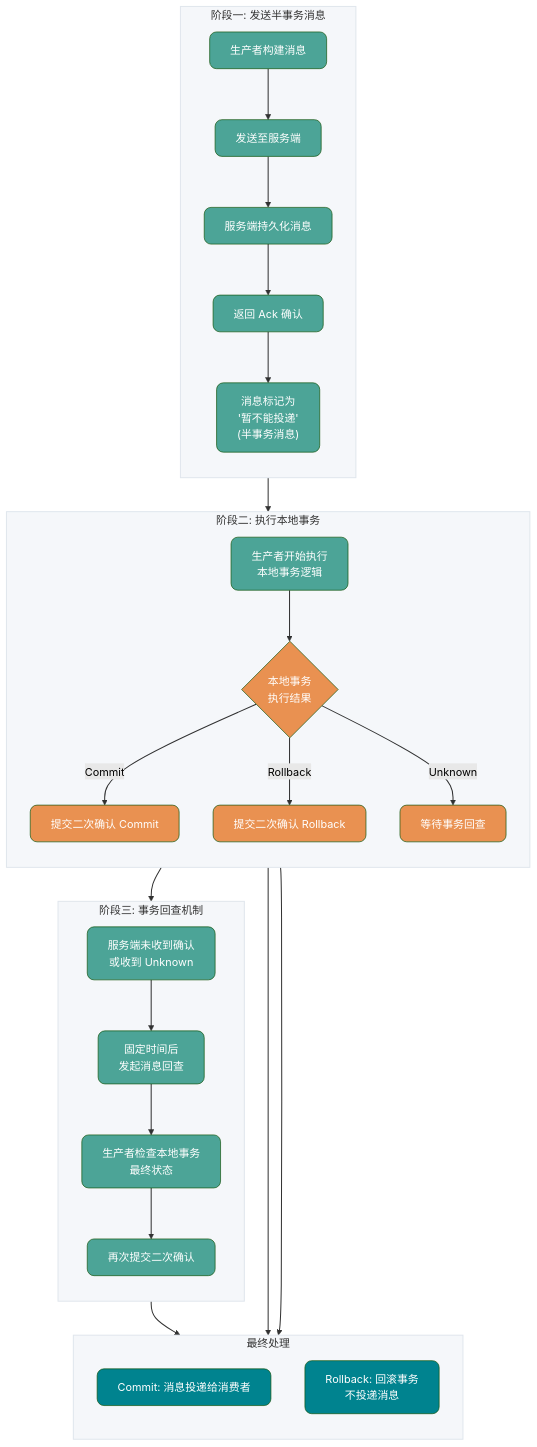
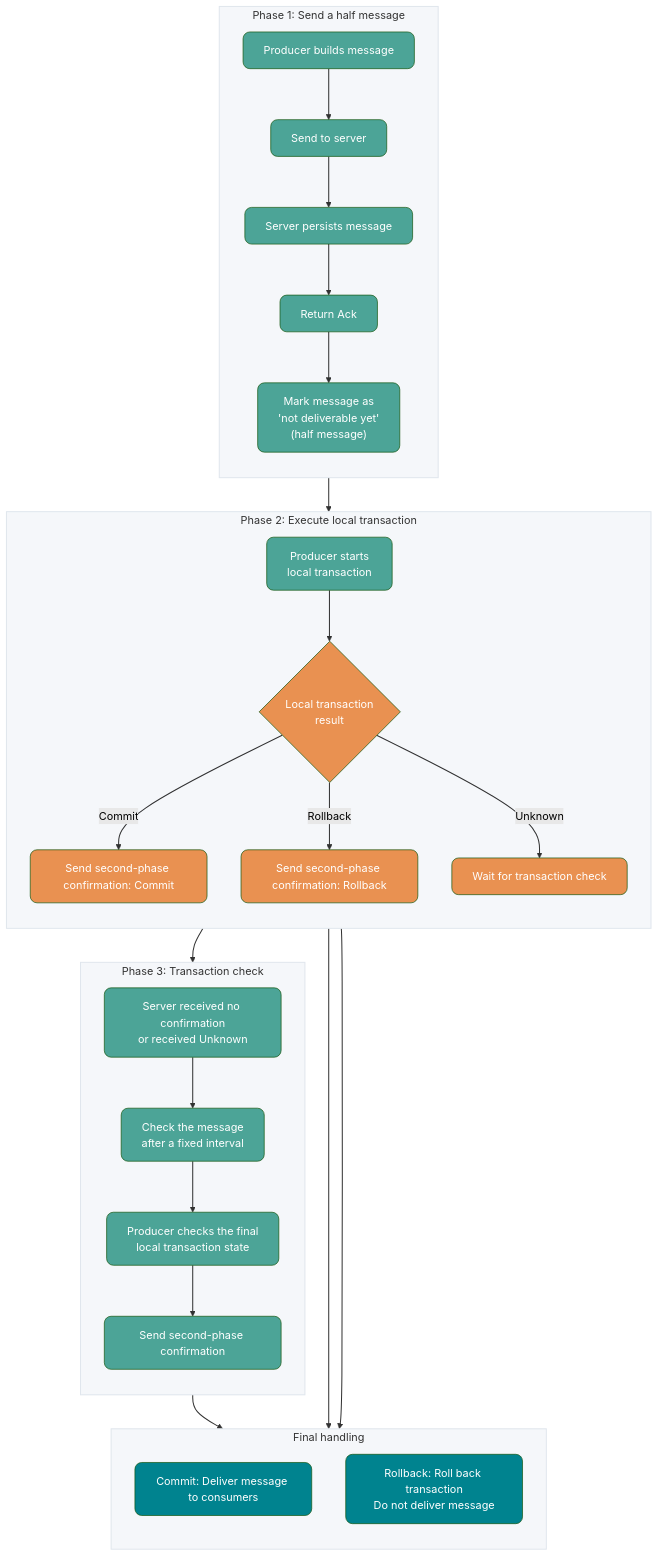
Before and after one commit to m3h3d1/JavaGuideEn: diagram 12 of 13 in docs/high-performance/message-queue/rocketmq-questions.md, drawn with Mermaid (forest theme). The commit also changed other lines of this file and 128 other files, not shown here.

````diff
--- a/docs/high-performance/message-queue/rocketmq-questions.md
+++ b/docs/high-performance/message-queue/rocketmq-questions.md
@@ -865,51 +865,51 @@
 ```mermaid
 flowchart TB
-    subgraph Phase1["阶段一: 发送半事务消息"]
+    subgraph Phase1["Phase 1: Send a half message"]
         direction TB
         style Phase1 fill:#F5F7FA,stroke:#E0E6ED,stroke-width:1.5px
-        M1["生产者构建消息"] --> M2["发送至服务端"]
-        M2 --> M3["服务端持久化消息"]
-        M3 --> M4["返回 Ack 确认"]
-        M4 --> M5["消息标记为<br/>'暂不能投递'<br/>(半事务消息)"]
+        M1["Producer builds message"] --> M2["Send to server"]
+        M2 --> M3["Server persists message"]
+        M3 --> M4["Return Ack"]
+        M4 --> M5["Mark message as<br/>'not deliverable yet'<br/>(half message)"]
     end
 
-    subgraph Phase2["阶段二: 执行本地事务"]
+    subgraph Phase2["Phase 2: Execute local transaction"]
         direction TB
         style Phase2 fill:#F5F7FA,stroke:#E0E6ED,stroke-width:1.5px
-        L1["生产者开始执行<br/>本地事务逻辑"] --> L2{"本地事务<br/>执行结果"}
-        L2 -->|Commit| L3["提交二次确认 Commit"]
-        L2 -->|Rollback| L4["提交二次确认 Rollback"]
-        L2 -->|Unknown| L5["等待事务回查"]
+        L1["Producer starts<br/>local transaction"] --> L2{"Local transaction<br/>result"}
+        L2 -->|Commit| L3["Send second-phase confirmation: Commit"]
+        L2 -->|Rollback| L4["Send second-phase confirmation: Rollback"]
+        L2 -->|Unknown| L5["Wait for transaction check"]
     end
 
-    subgraph Phase3["阶段三: 事务回查机制"]
+    subgraph Phase3["Phase 3: Transaction check"]
         direction TB
         style Phase3 fill:#F5F7FA,stroke:#E0E6ED,stroke-width:1.5px
-        C1["服务端未收到确认<br/>或收到 Unknown"] --> C2["固定时间后<br/>发起消息回查"]
-        C2 --> C3["生产者检查本地事务<br/>最终状态"]
-        C3 --> C4["再次提交二次确认"]
+        C1["Server received no confirmation<br/>or received Unknown"] --> C2["Check the message<br/>after a fixed interval"]
+        C2 --> C3["Producer checks the final<br/>local transaction state"]
+        C3 --> C4["Send second-phase confirmation"]
     end
 
-    subgraph Result["最终处理"]
+    subgraph Result["Final handling"]
         style Result fill:#F5F7FA,stroke:#E0E6ED,stroke-width:1.5px
         direction TB
-        R1["Commit: 消息投递给消费者"]
-        R2["Rollback: 回滚事务<br/>不投递消息"]
+        R1["Commit: Deliver message to consumers"]
+        R2["Rollback: Roll back transaction<br/>Do not deliver message"]
     end
 
     Phase1 --> Phase2
     L3 --> R1
     L4 --> R2
     L5 --> Phase3
     C4 --> R1
 
     classDef normal fill:#4CA497,color:#fff,rx:10,ry:10
     classDef decision fill:#E99151,color:#fff,rx:10,ry:10
     classDef result fill:#00838F,color:#fff,rx:10,ry:10
 
     class M1,M2,M3,M4,M5,L1,C1,C2,C3,C4 normal
     class L2,L3,L4,L5 decision
     class R1,R2 result
 
     linkStyle default stroke-width:1.5px,opacity:0.8
 ```
````
